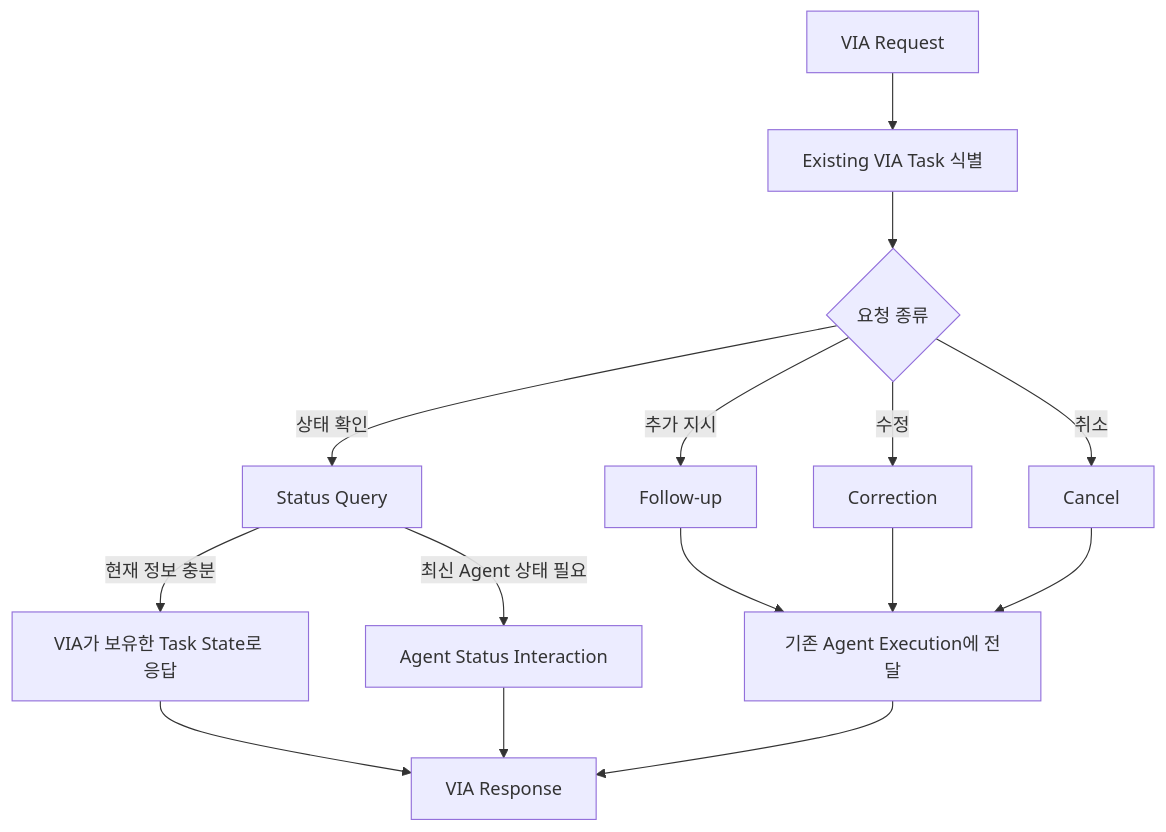
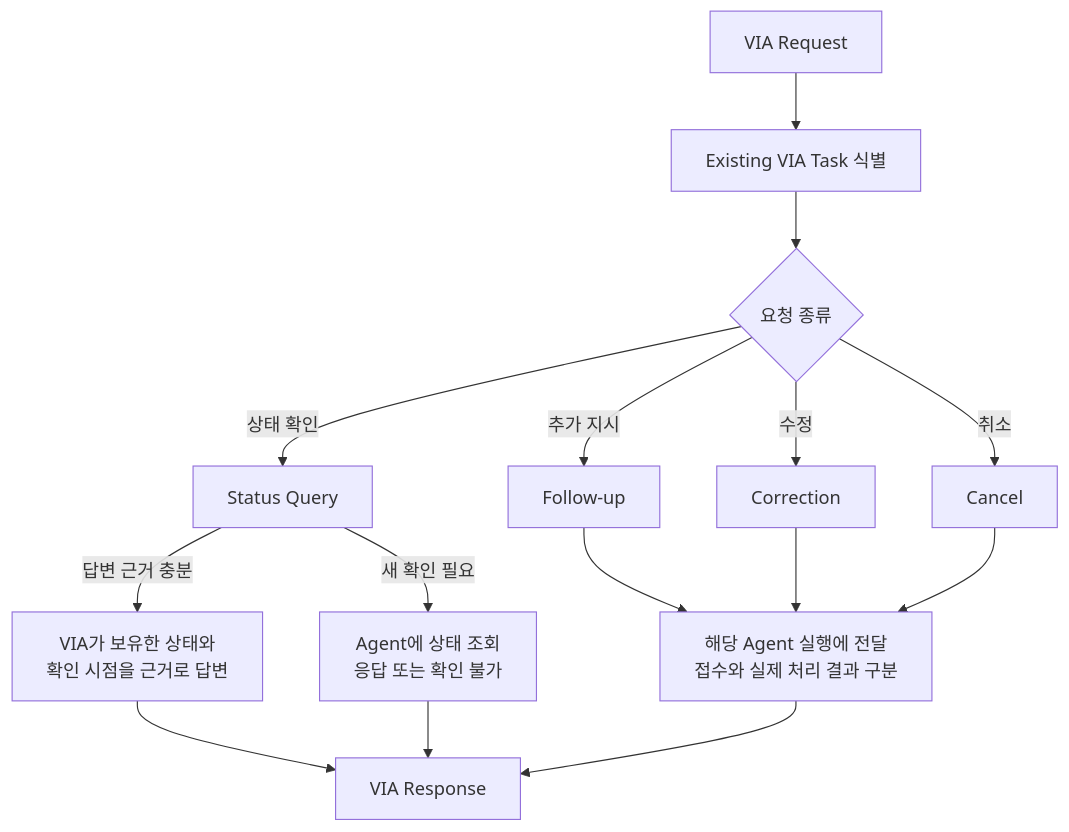
The fifth of 5 diagrams in docs/rebaseline/04-canonical-interaction-flow.md (cbyche/via-sw-architecture), drawn with Mermaid before and after one commit. The commit also changed other lines of this file, not shown here.

````diff
--- a/docs/rebaseline/04-canonical-interaction-flow.md
+++ b/docs/rebaseline/04-canonical-interaction-flow.md
@@ -349,29 +332,23 @@
 ```mermaid
 flowchart TD
     R["VIA Request"]
     A["Existing VIA Task 식별"]
     Q{"요청 종류"}
-
     S["Status Query"]
     F["Follow-up"]
     C["Correction"]
     X["Cancel"]
-
-    LOCAL["VIA가 보유한 Task State로 응답"]
-    AQ["Agent Status Interaction"]
-    AG["기존 Agent Execution에 전달"]
-
+    LOCAL["VIA가 보유한 상태와<br/>확인 시점을 근거로 답변"]
+    AQ["Agent에 상태 조회<br/>응답 또는 확인 불가"]
+    AG["해당 Agent 실행에 전달<br/>접수와 실제 처리 결과 구분"]
     RESP["VIA Response"]
 
     R --> A --> Q
-
     Q -->|"상태 확인"| S
-    S -->|"현재 정보 충분"| LOCAL --> RESP
-    S -->|"최신 Agent 상태 필요"| AQ --> RESP
-
+    S -->|"답변 근거 충분"| LOCAL --> RESP
+    S -->|"새 확인 필요"| AQ --> RESP
     Q -->|"추가 지시"| F --> AG
     Q -->|"수정"| C --> AG
     Q -->|"취소"| X --> AG
-
     AG --> RESP
 ```
````
